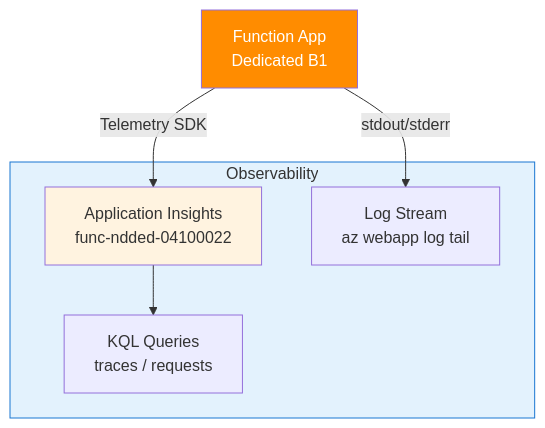
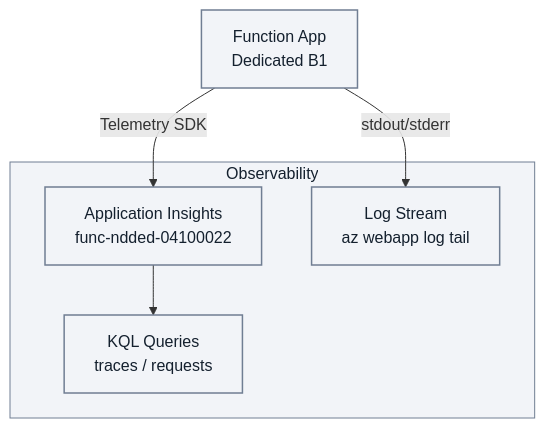
One commit to yeongseon/azure-functions-practical-guide changed the diagram in docs/language-guides/nodejs/tutorial/dedicated/04-logging-monitoring.md. Above: the diagram before and after it, drawn with Mermaid. The commit also changed 4 other files, not shown here.

First line of the commit message:
docs(diagrams): improve Node.js logging tutorial figures (#516)

````diff
--- a/docs/language-guides/nodejs/tutorial/dedicated/04-logging-monitoring.md
+++ b/docs/language-guides/nodejs/tutorial/dedicated/04-logging-monitoring.md
@@ -51,17 +51,18 @@
 ```mermaid
 flowchart TD
+    accTitle: Dedicated Node.js observability overview
+    accDescr: The Dedicated B1 tutorial app uses configured Application Insights for telemetry and KQL analysis, alongside a separate application-log stream where supported and enabled. Telemetry SDK refers to the built-in host integration, not a required custom Node.js SDK. Observability groups tools, not a network boundary.
     FA[Function App\nDedicated B1] -->|Telemetry SDK| AI[Application Insights\nfunc-ndded-04100022]
     FA -->|stdout/stderr| LOGS[Log Stream\naz webapp log tail]
 
     subgraph MONITORING["Observability"]
         AI
         LOGS
         KQL[KQL Queries\ntraces / requests]
     end
 
     AI --> KQL
-
-    style FA fill:#ff8c00,color:#fff
-    style MONITORING fill:#E3F2FD,stroke:#1976D2
-    style AI fill:#FFF3E0
+    classDef neutral fill:#f2f4f8,stroke:#707e93,stroke-width:1.5px,color:#14202e;
+    class FA,AI,LOGS,KQL neutral;
+    style MONITORING fill:#f2f4f8,stroke:#707e93,color:#14202e
 ```
````
